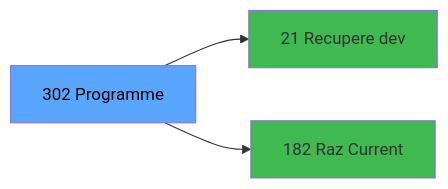
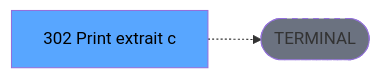
The third of 3 diagrams in .openspec/renders/ADH-IDE-302.md (thonyAGP/lecteur-magic), drawn with Mermaid before and after one commit. The commit also changed other lines of this file and 701 other files, not shown here.

````diff
--- a/.openspec/renders/ADH-IDE-302.md
+++ b/.openspec/renders/ADH-IDE-302.md
@@ -131,11 +137,8 @@
 ```mermaid
 graph LR
-    T[302 Programme]
-    C21[21 Recupere dev]
-    T --> C21
-    C182[182 Raz Current ]
-    T --> C182
+    T[302 Print extrait c]
+    TERM([TERMINAL])
+    T -.-> TERM
+    style TERM fill:#6b7280,stroke-dasharray: 5 5
     style T fill:#58a6ff,color:#000
-    style C21 fill:#3fb950
-    style C182 fill:#3fb950
 ```
````
